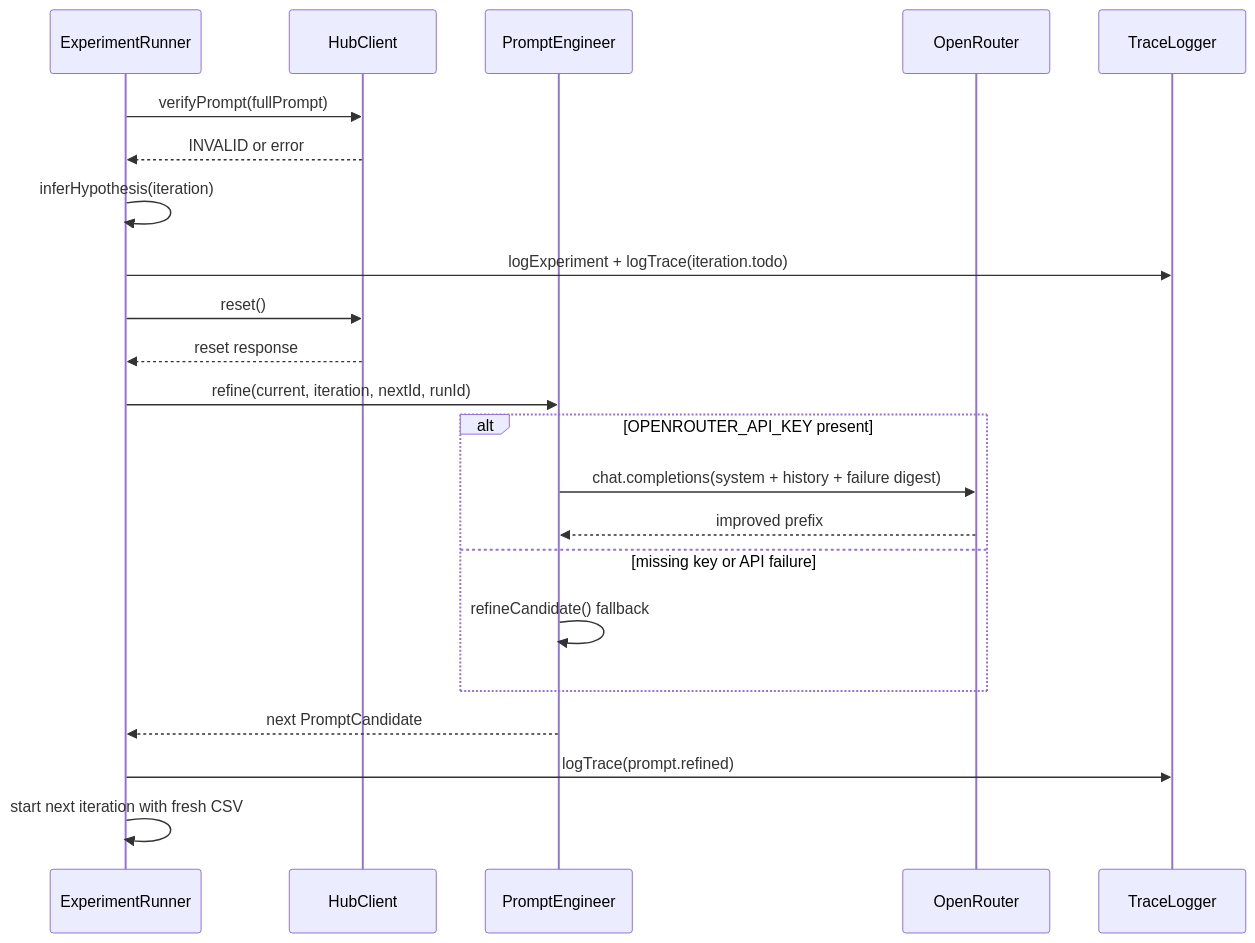
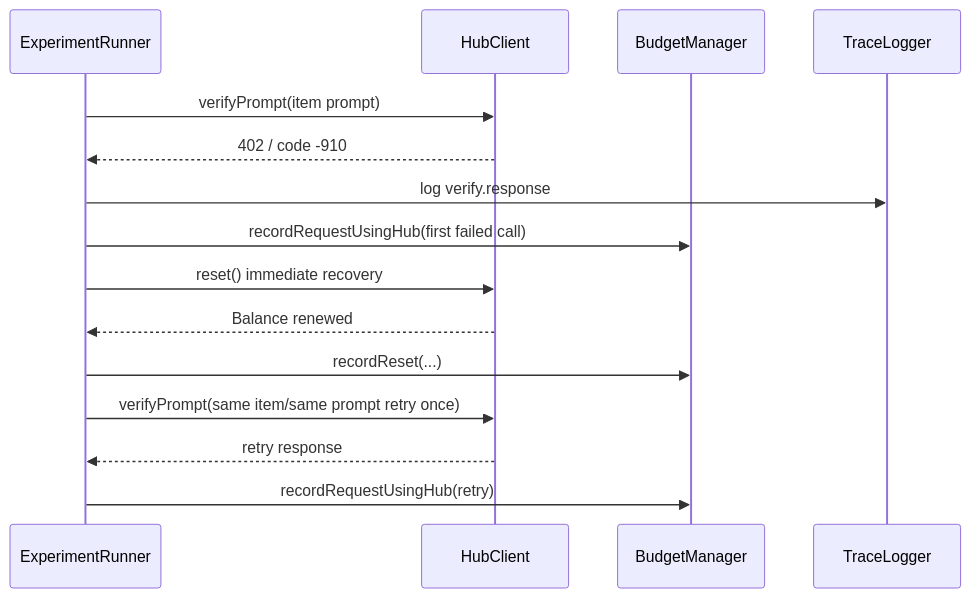
Before and after one commit to rafsaw/4th-devs: the fourth of 4 diagrams in 02_01_zadanie/02_01_zadanie_codex_5_3_med.md, drawn with Mermaid. The commit also changed other lines of this file and 9 other files, not shown here.

````diff
--- a/02_01_zadanie/02_01_zadanie_codex_5_3_med.md
+++ b/02_01_zadanie/02_01_zadanie_codex_5_3_med.md
@@ -251,25 +225,18 @@
 ```mermaid
 sequenceDiagram
     participant R as ExperimentRunner
     participant H as HubClient
-    participant P as PromptEngineer
-    participant O as OpenRouter
+    participant B as BudgetManager
     participant T as TraceLogger
 
-    R->>H: verifyPrompt(fullPrompt)
-    H-->>R: INVALID or error
-    R->>R: inferHypothesis(iteration)
-    R->>T: logExperiment + logTrace(iteration.todo)
-    R->>H: reset()
-    H-->>R: reset response
-    R->>P: refine(current, iteration, nextId, runId)
-    alt OPENROUTER_API_KEY present
-        P->>O: chat.completions(system + history + failure digest)
-        O-->>P: improved prefix
-    else missing key or API failure
-        P->>P: refineCandidate() fallback
-    end
-    P-->>R: next PromptCandidate
-    R->>T: logTrace(prompt.refined)
-    R->>R: start next iteration with fresh CSV
+    R->>H: verifyPrompt(item prompt)
+    H-->>R: 402 / code -910
+    R->>T: log verify.response
+    R->>B: recordRequestUsingHub(first failed call)
+    R->>H: reset() immediate recovery
+    H-->>R: Balance renewed
+    R->>B: recordReset(...)
+    R->>H: verifyPrompt(same item/same prompt retry once)
+    H-->>R: retry response
+    R->>B: recordRequestUsingHub(retry)
 ```
````
